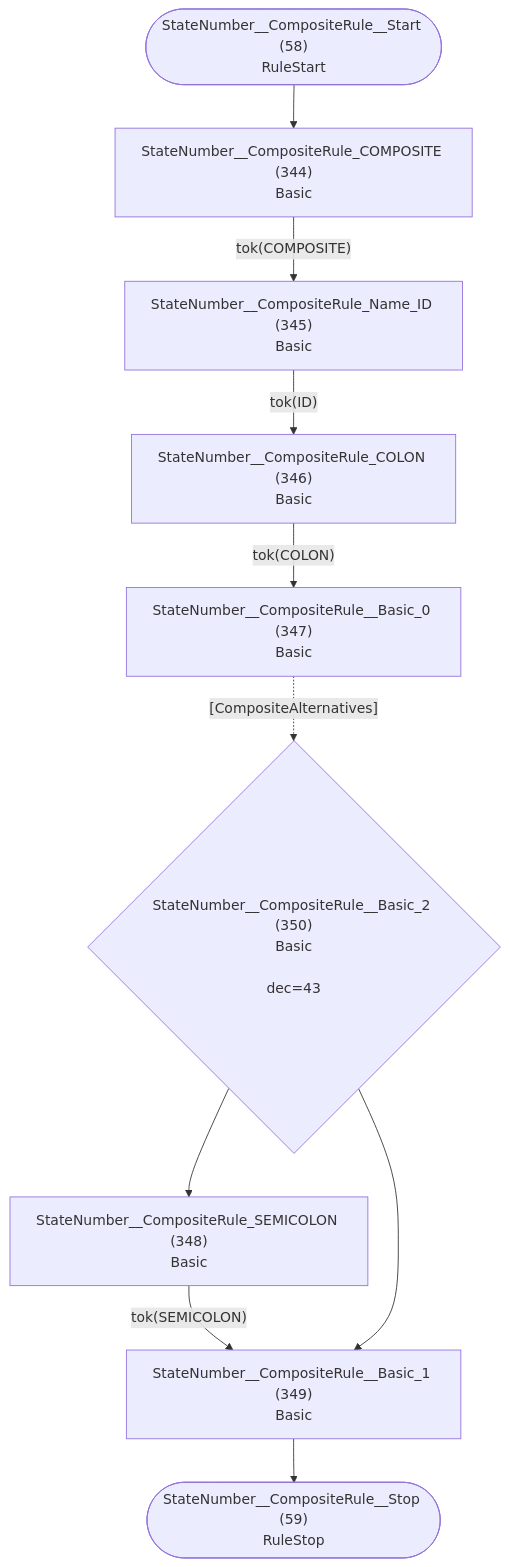
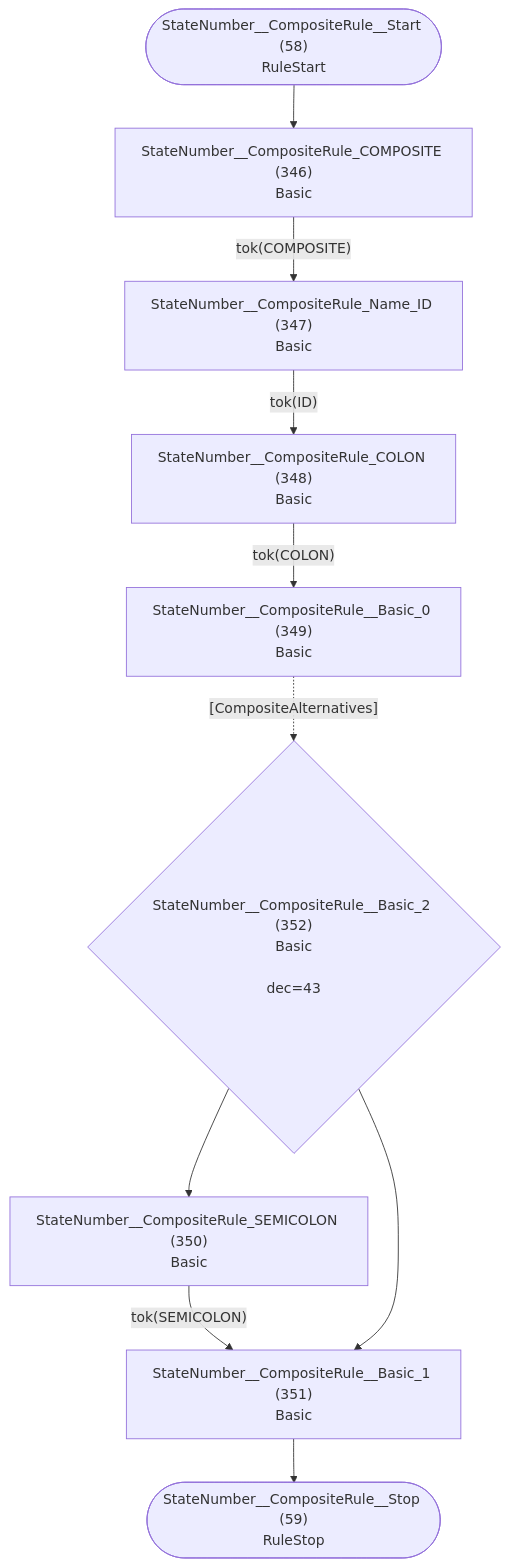
Before and after one commit to TypeFox/fastbelt: diagram 30 of 33 in internal/grammar/atn.md, drawn with Mermaid. The commit also changed other lines of this file and 18 other files, not shown here.

````diff
--- a/internal/grammar/atn.md
+++ b/internal/grammar/atn.md
@@ -909,22 +914,22 @@
 ```mermaid
 flowchart TD
     q58(["StateNumber__CompositeRule__Start (58)<br/>RuleStart"])
     q59(["StateNumber__CompositeRule__Stop (59)<br/>RuleStop"])
-    q344["StateNumber__CompositeRule_COMPOSITE (344)<br/>Basic<br/>"]
-    q345["StateNumber__CompositeRule_Name_ID (345)<br/>Basic<br/>"]
-    q346["StateNumber__CompositeRule_COLON (346)<br/>Basic<br/>"]
-    q347["StateNumber__CompositeRule__Basic_0 (347)<br/>Basic<br/>"]
-    q348["StateNumber__CompositeRule_SEMICOLON (348)<br/>Basic<br/>"]
-    q349["StateNumber__CompositeRule__Basic_1 (349)<br/>Basic<br/>"]
-    q350{"StateNumber__CompositeRule__Basic_2 (350)<br/>Basic<br/><br/>dec=43"}
+    q346["StateNumber__CompositeRule_COMPOSITE (346)<br/>Basic<br/>"]
+    q347["StateNumber__CompositeRule_Name_ID (347)<br/>Basic<br/>"]
+    q348["StateNumber__CompositeRule_COLON (348)<br/>Basic<br/>"]
+    q349["StateNumber__CompositeRule__Basic_0 (349)<br/>Basic<br/>"]
+    q350["StateNumber__CompositeRule_SEMICOLON (350)<br/>Basic<br/>"]
+    q351["StateNumber__CompositeRule__Basic_1 (351)<br/>Basic<br/>"]
+    q352{"StateNumber__CompositeRule__Basic_2 (352)<br/>Basic<br/><br/>dec=43"}
 
-    q58 --> q344
-    q344 -->|"tok(COMPOSITE)"| q345
-    q345 -->|"tok(ID)"| q346
-    q346 -->|"tok(COLON)"| q347
-    q347 -.->|"[CompositeAlternatives]"| q350
-    q348 -->|"tok(SEMICOLON)"| q349
-    q349 --> q59
-    q350 --> q348
-    q350 --> q349
+    q58 --> q346
+    q346 -->|"tok(COMPOSITE)"| q347
+    q347 -->|"tok(ID)"| q348
+    q348 -->|"tok(COLON)"| q349
+    q349 -.->|"[CompositeAlternatives]"| q352
+    q350 -->|"tok(SEMICOLON)"| q351
+    q351 --> q59
+    q352 --> q350
+    q352 --> q351
 ```
````
